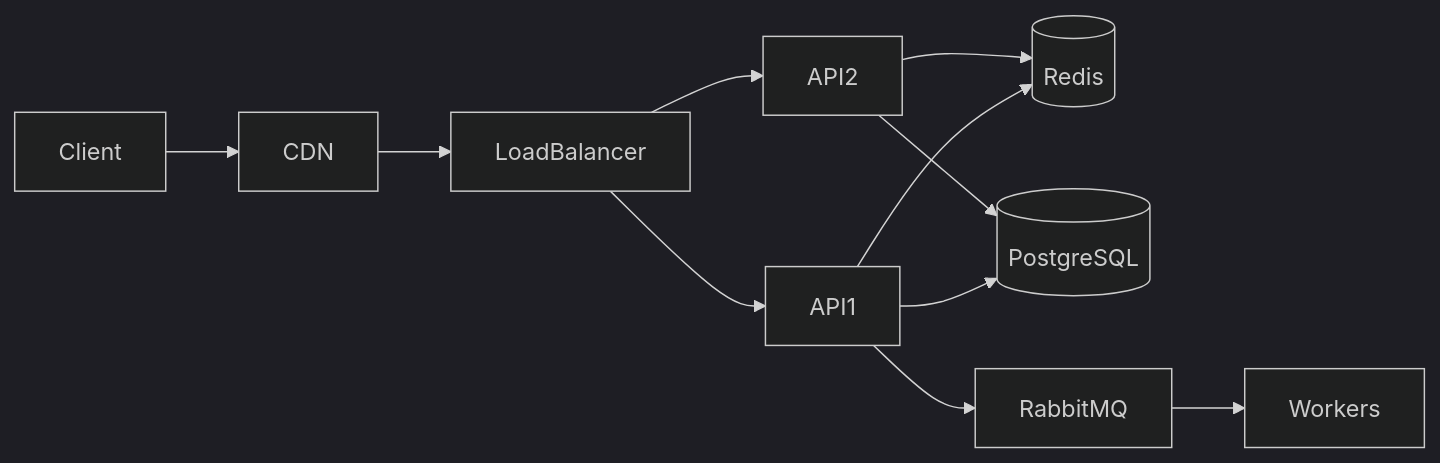
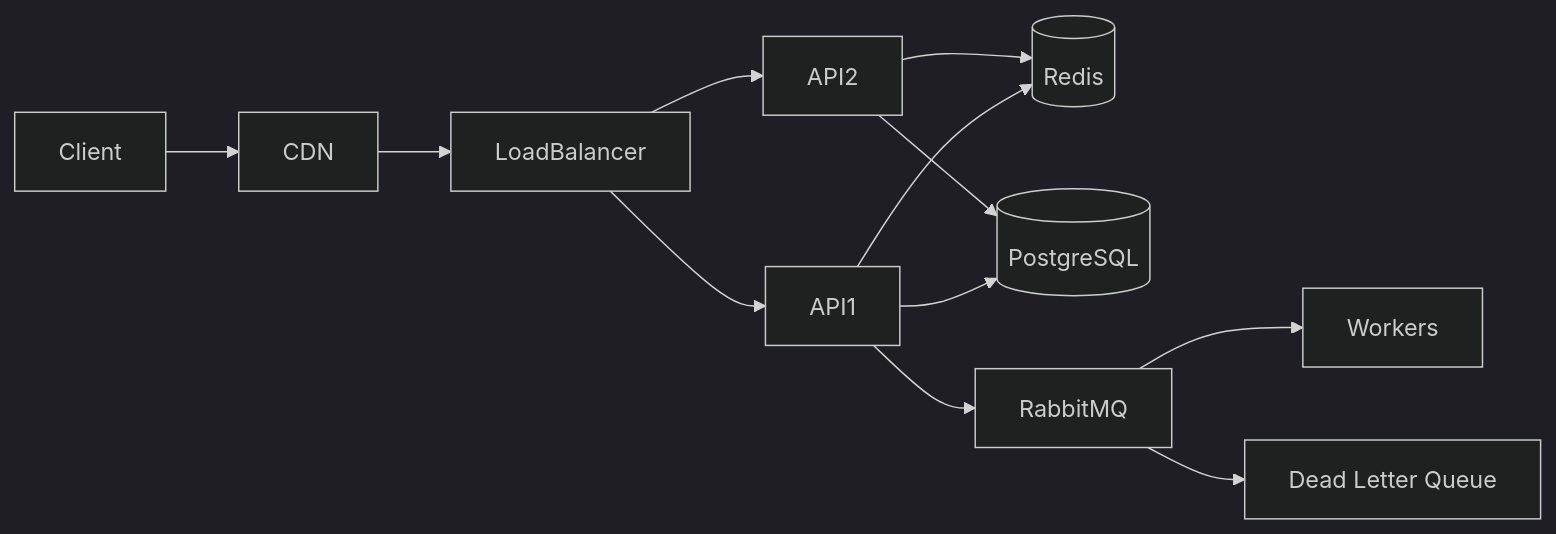
Before and after one commit to devweekends/docs: the first of 4 diagrams in case-studies/guide.mdx, drawn with Mermaid (dark theme). The commit also changed other lines of this file and 899 other files, not shown here.

````diff
--- a/case-studies/guide.mdx
+++ b/case-studies/guide.mdx
@@ -69,9 +84,10 @@
   ```mermaid
   flowchart LR
     Client --> CDN --> LoadBalancer
     LoadBalancer --> API1 & API2
     API1 & API2 --> Redis[(Redis)]
     API1 & API2 --> DB[(PostgreSQL)]
     API1 --> Queue[RabbitMQ]
     Queue --> Workers
+    Queue --> DLQ[Dead Letter Queue]
   ```
````
